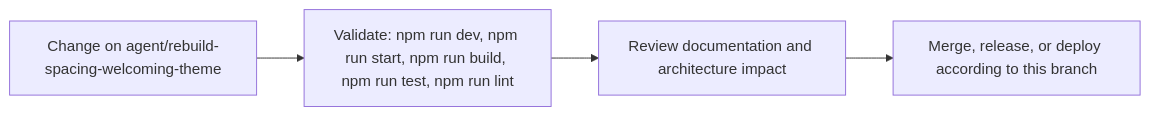
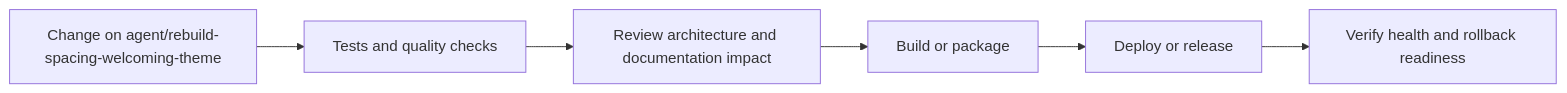
Before and after one commit to Nischhalsubba/BindForge-NW: the fifth of 6 diagrams in README.md, drawn with Mermaid. The commit also changed other lines of this file, not shown here.

````diff
--- a/README.md
+++ b/README.md
@@ -87,8 +183,8 @@
 ```mermaid
 flowchart LR
-    CHANGE["Change on agent/rebuild-spacing-welcoming-theme"]
-    CHECK["Validate: npm run dev, npm run start, npm run build, npm run test, npm run lint"]
-    REVIEW["Review documentation and architecture impact"]
-    RELEASE["Merge, release, or deploy according to this branch"]
-    CHANGE --> CHECK --> REVIEW --> RELEASE
+    CHANGE["Change on agent/rebuild-spacing-welcoming-theme"] --> CHECK["Tests and quality checks"]
+    CHECK --> REVIEW["Review architecture and documentation impact"]
+    REVIEW --> BUILD["Build or package"]
+    BUILD --> DEPLOY["Deploy or release"]
+    DEPLOY --> VERIFY["Verify health and rollback readiness"]
 ```
````
